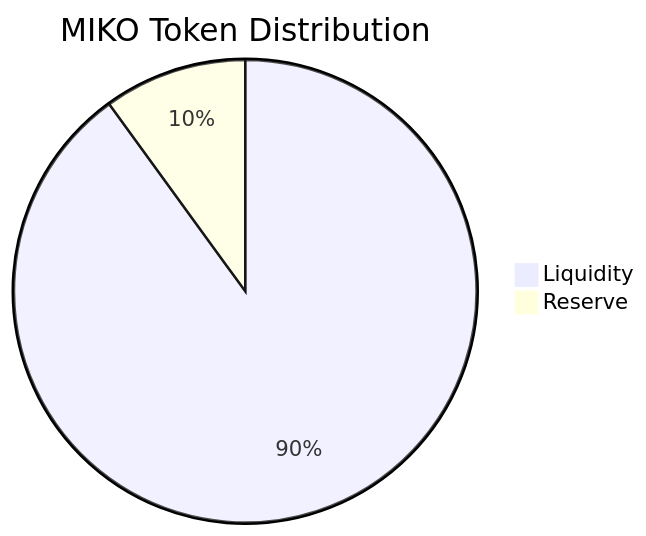
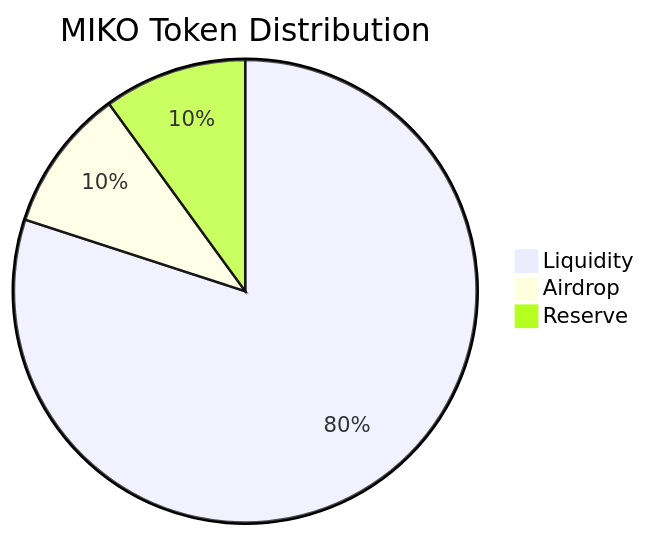
One commit to Miko-Protocol/docs changed the diagram in docs/ecosystem/tokenomics-and-distribution.md. Above: the diagram before and after it, drawn with Mermaid. The commit also changed other lines of this file and 8 other files, not shown here.

````diff
--- a/docs/ecosystem/tokenomics-and-distribution.md
+++ b/docs/ecosystem/tokenomics-and-distribution.md
@@ -22,6 +22,7 @@
 ```mermaid
 pie
     title MIKO Token Distribution
-    "Liquidity" : 90
+    "Liquidity" : 80
+    "Airdrop" : 10
     "Reserve" : 10
 ```
````
